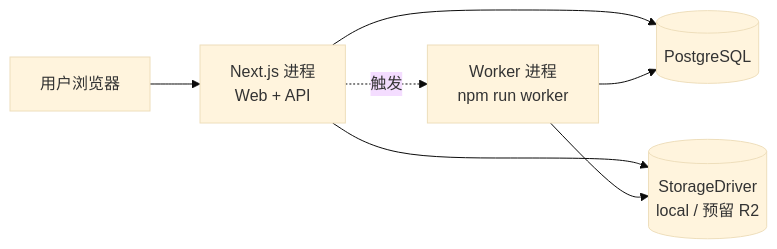
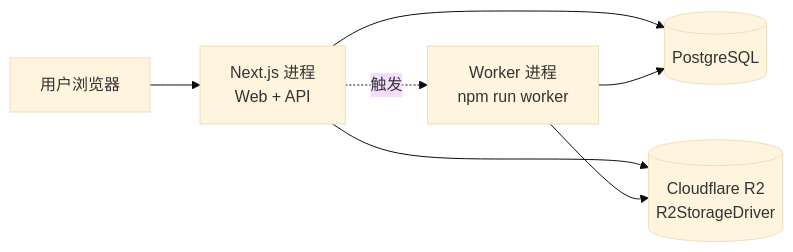
Before and after one commit to blue-idea/muoyu: the second of 9 diagrams in docs/spec/design.md, drawn with Mermaid (base theme). The commit also changed other lines of this file and 16 other files, not shown here.

````diff
--- a/docs/spec/design.md
+++ b/docs/spec/design.md
@@ -124,15 +124,15 @@
 ```mermaid
 flowchart LR
     User[用户浏览器]
     Next[Next.js 进程\nWeb + API]
     Worker[Worker 进程\nnpm run worker]
     PostgreSQL[(PostgreSQL)]
-    Store[(StorageDriver\nlocal / 预留 R2)]
+    Store[(Cloudflare R2\nR2StorageDriver)]
 
     User --> Next
     Next --> PostgreSQL
     Next --> Store
     Worker --> PostgreSQL
     Worker --> Store
     Next -.触发.-> Worker
 ```
````
